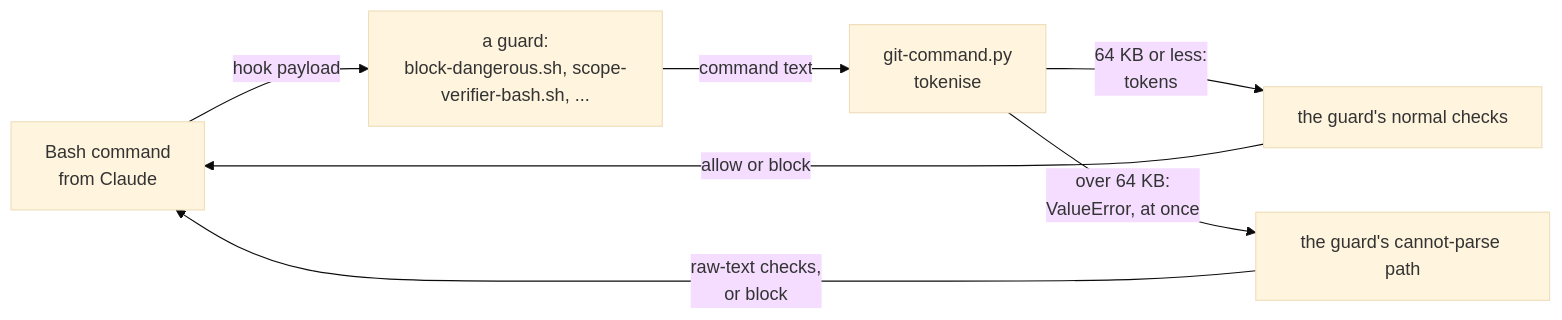
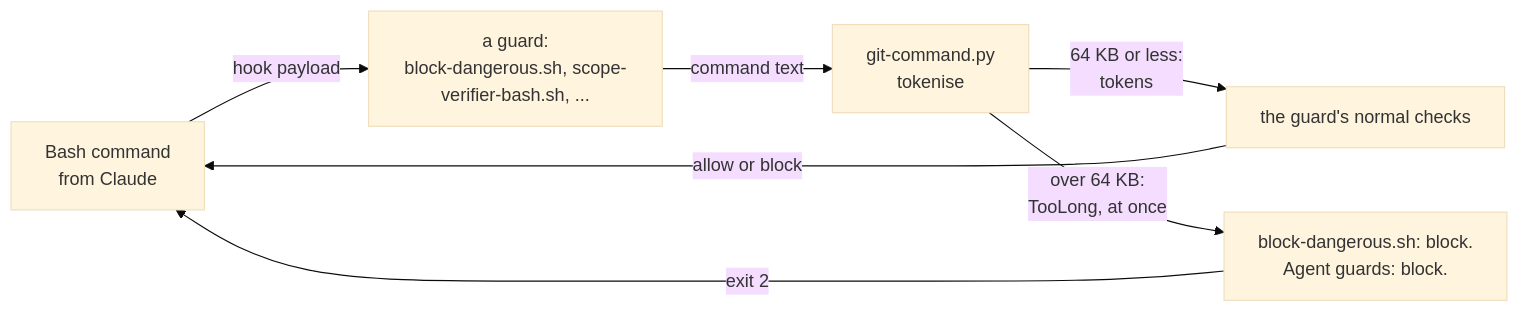
Before and after one commit to dzaffren/claude-plugin: the first of 3 diagrams in docs/specs/tokenise-linear.md, drawn with Mermaid (base theme). The commit also changed other lines of this file, not shown here.

````diff
--- a/docs/specs/tokenise-linear.md
+++ b/docs/specs/tokenise-linear.md
@@ -50,9 +50,9 @@
 ```mermaid
 flowchart LR
     C["Bash command<br/>from Claude"] -- "hook payload" --> G["a guard:<br/>block-dangerous.sh, scope-verifier-bash.sh, ..."]
     G -- "command text" --> T["git-command.py<br/>tokenise"]
     T -- "64 KB or less:<br/>tokens" --> V["the guard's normal checks"]
-    T -- "over 64 KB:<br/>ValueError, at once" --> R["the guard's cannot-parse path"]
+    T -- "over 64 KB:<br/>TooLong, at once" --> R["block-dangerous.sh: block.<br/>Agent guards: block."]
     V -- "allow or block" --> C
-    R -- "raw-text checks,<br/>or block" --> C
+    R -- "exit 2" --> C
 ```
````
